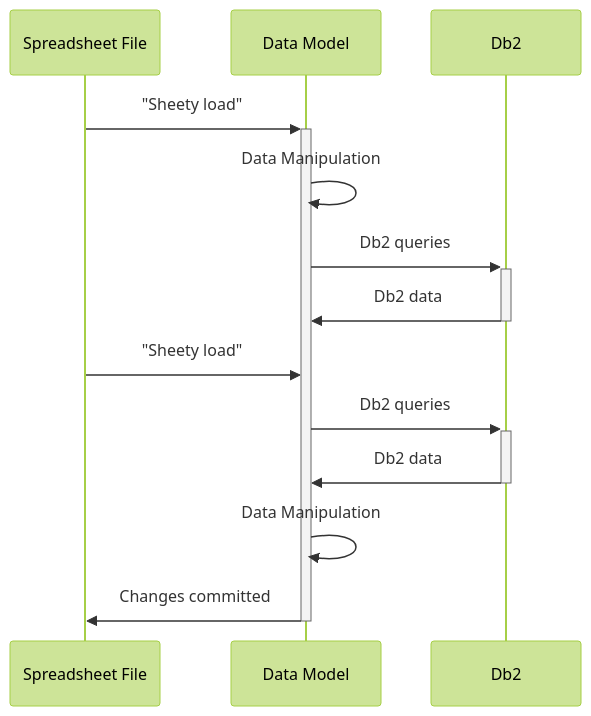
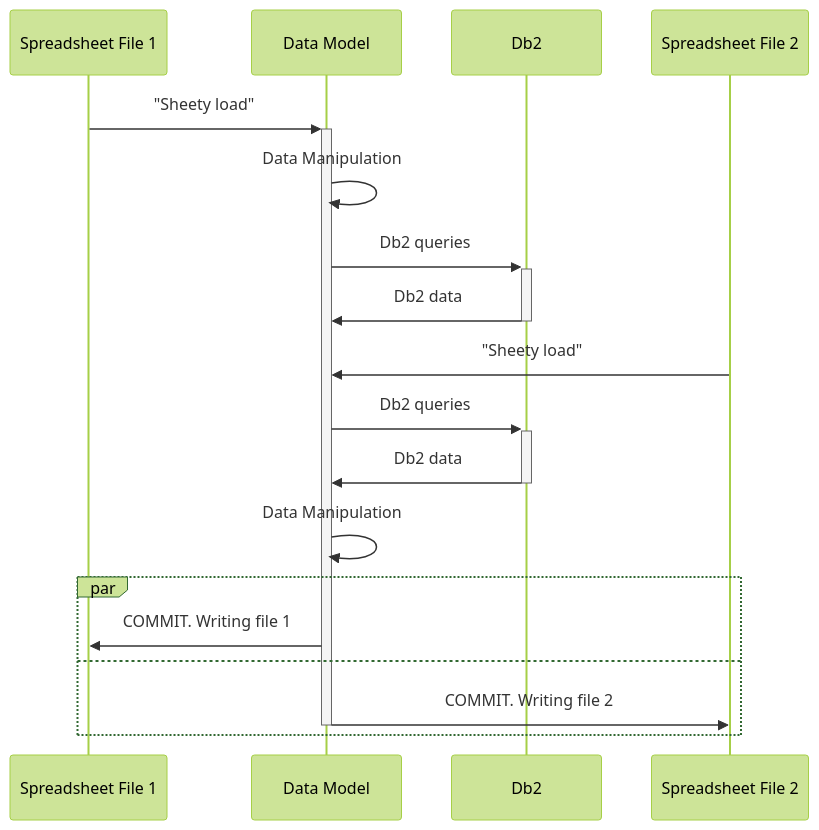
One commit to ThePrez/JSheetyDriver changed the first of 2 diagrams in README.md. Above: the diagram before and after it, drawn with Mermaid (forest theme).

````diff
--- a/README.md
+++ b/README.md
@@ -83,12 +83,16 @@
 ```mermaid
 sequenceDiagram
-    Spreadsheet File->>+Data Model: "Sheety load"
+    Spreadsheet File 1->>+Data Model: "Sheety load"
     Data Model->>Data Model: Data Manipulation
     Data Model->>+Db2: Db2 queries
     Db2->>-Data Model: Db2 data
-    Spreadsheet File->>Data Model: "Sheety load"
+    Spreadsheet File 2->>Data Model: "Sheety load"
     Data Model->>+Db2: Db2 queries
     Db2->>-Data Model: Db2 data
     Data Model->>Data Model: Data Manipulation
-    Data Model->>-Spreadsheet File: Changes committed
+    par
+    Data Model->>Spreadsheet File 1: COMMIT. Writing file 1
+    and
+    Data Model->>-Spreadsheet File 2: COMMIT. Writing file 2
+    end
 ```
````
